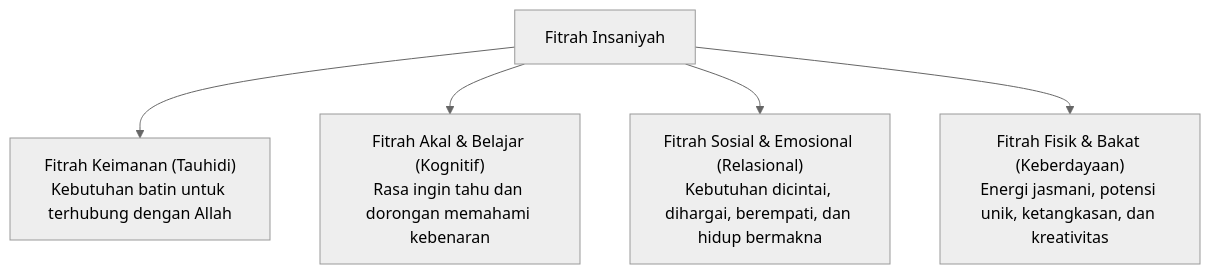
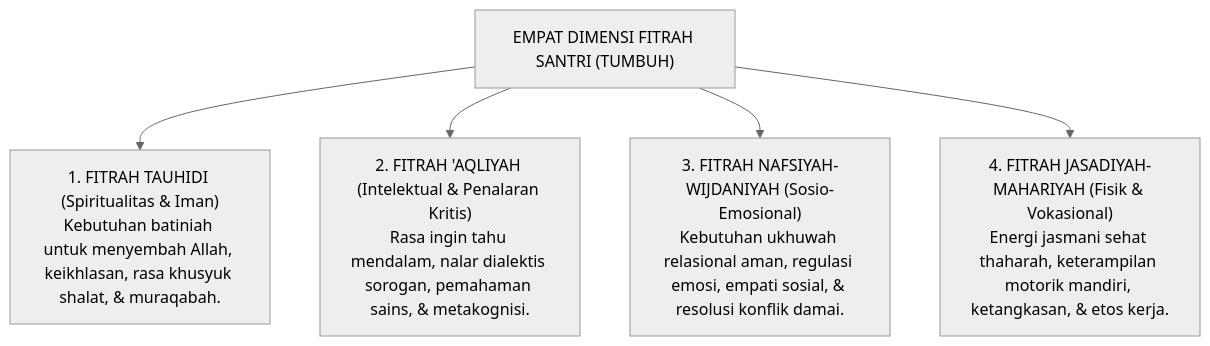
Before and after one commit to wandiapriliyandi/tumbuh: the third of 3 diagrams in 01 Philosophy/02 Human Nature/P1-02-01-Hakikat-Fitrah.md, drawn with Mermaid (neutral theme). The commit also changed other lines of this file and 5 other files, not shown here.

````diff
--- a/01 Philosophy/02 Human Nature/P1-02-01-Hakikat-Fitrah.md
+++ b/01 Philosophy/02 Human Nature/P1-02-01-Hakikat-Fitrah.md
@@ -42,8 +104,12 @@
 ```mermaid
 graph TD
-    Fitrah["Fitrah Insaniyah"]
-    Fitrah --> F1["Fitrah Keimanan (Tauhidi)<br/>Kebutuhan batin untuk terhubung dengan Allah"]
-    Fitrah --> F2["Fitrah Akal & Belajar (Kognitif)<br/>Rasa ingin tahu dan dorongan memahami kebenaran"]
-    Fitrah --> F3["Fitrah Sosial & Emosional (Relasional)<br/>Kebutuhan dicintai, dihargai, berempati, dan hidup bermakna"]
-    Fitrah --> F4["Fitrah Fisik & Bakat (Keberdayaan)<br/>Energi jasmani, potensi unik, ketangkasan, dan kreativitas"]
+    FitrahMaster["EMPAT DIMENSI FITRAH SANTRI (TUMBUH)"]
+    
+    FitrahMaster --> D1["1. FITRAH TAUHIDI (Spiritualitas & Iman)<br/>Kebutuhan batiniah untuk menyembah Allah, keikhlasan, rasa khusyuk shalat, & muraqabah."]
+    
+    FitrahMaster --> D2["2. FITRAH 'AQLIYAH (Intelektual & Penalaran Kritis)<br/>Rasa ingin tahu mendalam, nalar dialektis sorogan, pemahaman sains, & metakognisi."]
+    
+    FitrahMaster --> D3["3. FITRAH NAFSIYAH-WIJDANIYAH (Sosio-Emosional)<br/>Kebutuhan ukhuwah relasional aman, regulasi emosi, empati sosial, & resolusi konflik damai."]
+    
+    FitrahMaster --> D4["4. FITRAH JASADIYAH-MAHARIYAH (Fisik & Vokasional)<br/>Energi jasmani sehat thaharah, keterampilan motorik mandiri, ketangkasan, & etos kerja."]
 ```
````
